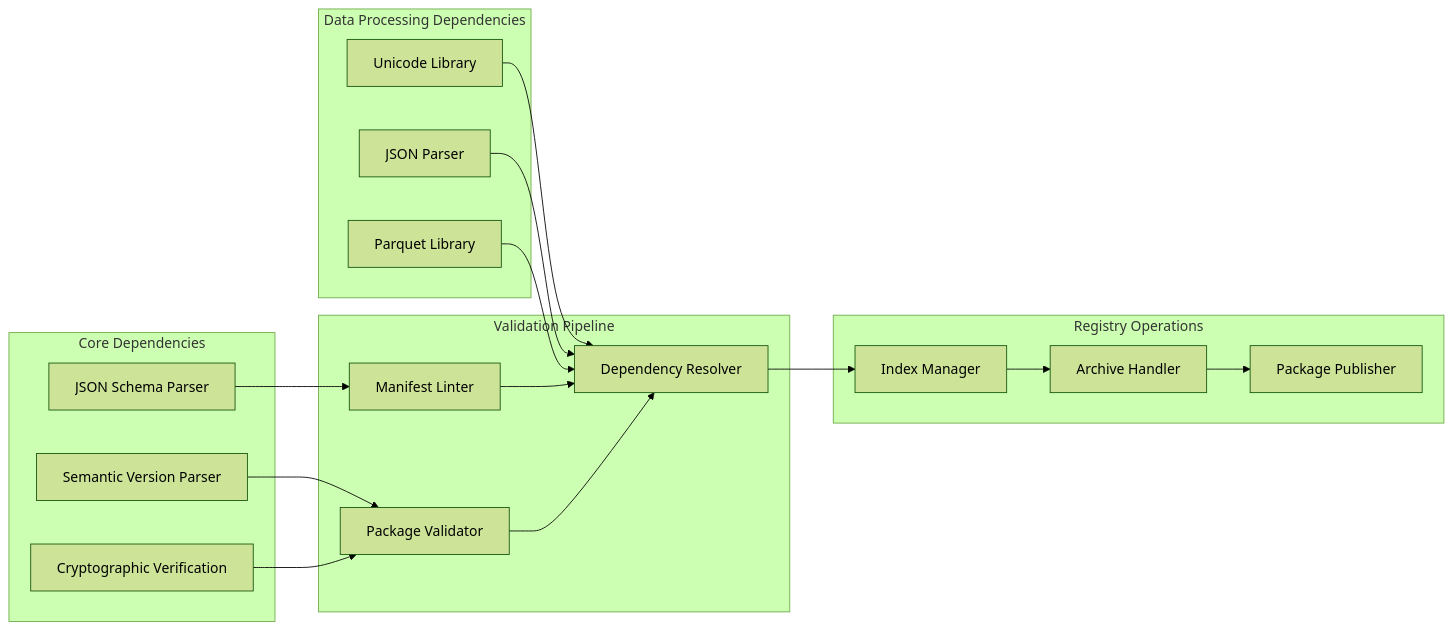
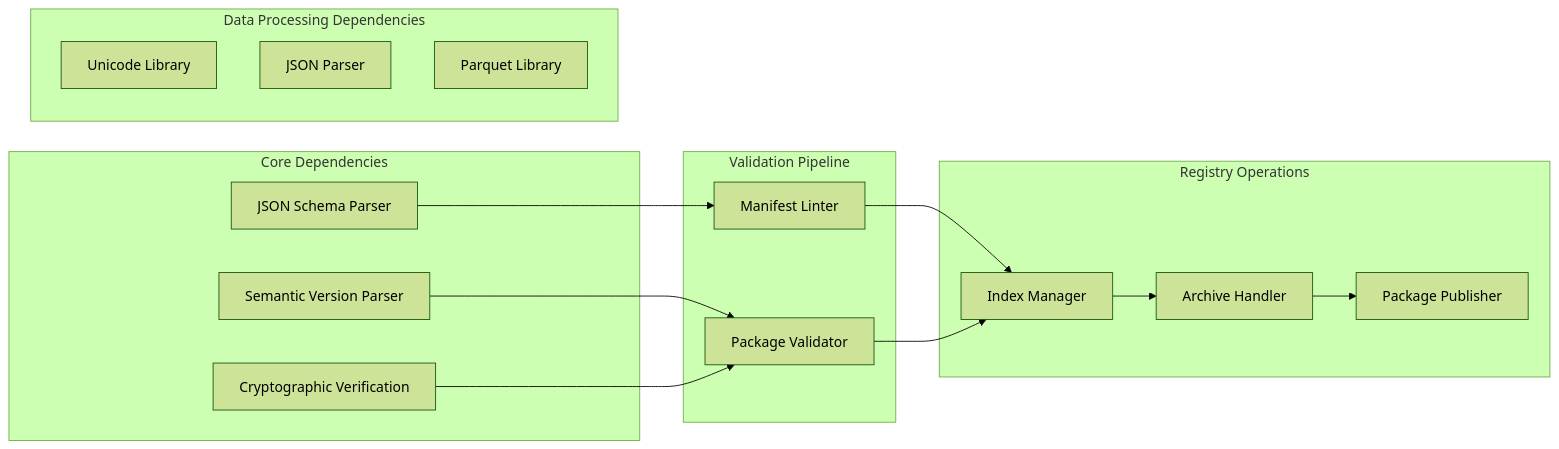
Before and after one commit to tonythethompson/numan-registry: the fourth of 4 diagrams in .qoder/repowiki/en/content/Package Development Guide/Manifest Format Specification.md, drawn with Mermaid (forest theme). The commit also changed other lines of this file and 2 other files, not shown here.

````diff
--- a/.qoder/repowiki/en/content/Package Development Guide/Manifest Format Specification.md
+++ b/.qoder/repowiki/en/content/Package Development Guide/Manifest Format Specification.md
@@ -250,34 +244,29 @@
 ```mermaid
 graph LR
 subgraph "Core Dependencies"
 JSONSchema["JSON Schema Parser"]
 SemVer["Semantic Version Parser"]
 Crypto["Cryptographic Verification"]
 end
 subgraph "Data Processing Dependencies"
 UnicodeLib["Unicode Library"]
 JSONParser["JSON Parser"]
 ParquetLib["Parquet Library"]
 end
 subgraph "Validation Pipeline"
 Linter["Manifest Linter"]
 Validator["Package Validator"]
-Resolver["Dependency Resolver"]
 end
 subgraph "Registry Operations"
 IndexManager["Index Manager"]
 Archiver["Archive Handler"]
 Publisher["Package Publisher"]
 end
 JSONSchema --> Linter
 SemVer --> Validator
 Crypto --> Validator
-UnicodeLib --> Resolver
-JSONParser --> Resolver
-ParquetLib --> Resolver
-Linter --> Resolver
-Validator --> Resolver
-Resolver --> IndexManager
+Linter --> IndexManager
+Validator --> IndexManager
 IndexManager --> Archiver
 Archiver --> Publisher
 ```
````
